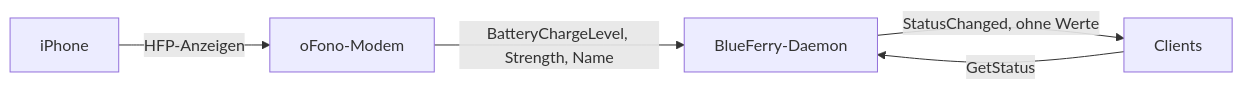
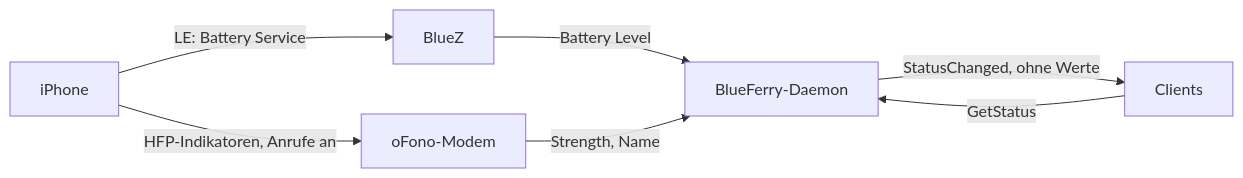
One commit to erikwb/blueferry changed the diagram in docs/de/user/phone-status.md. Above: the diagram before and after it, drawn with Mermaid. The commit also changed other lines of this file and 6 other files, not shown here.

````diff
--- a/docs/de/user/phone-status.md
+++ b/docs/de/user/phone-status.md
@@ -10,7 +11,9 @@
 ```mermaid
 flowchart LR
-    P[iPhone] -- HFP-Anzeigen --> O[oFono-Modem]
-    O -- BatteryChargeLevel, Strength, Name --> B[BlueFerry-Daemon]
+    P[iPhone] -- LE: Battery Service --> Z[BlueZ]
+    P -- HFP-Indikatoren, Anrufe an --> O[oFono-Modem]
+    Z -- Battery Level --> B[BlueFerry-Daemon]
+    O -- Strength, Name --> B
     B -- StatusChanged, ohne Werte --> C[Clients]
     C -- GetStatus --> B
 ```
````
